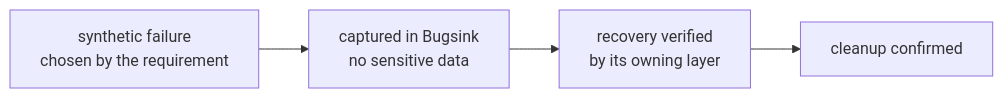
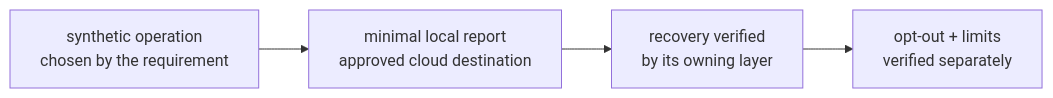
One commit to jamesdwilson/james-opinionated-llm-development-framework changed the sixth of 7 diagrams in README.md. Above: the diagram before and after it, drawn with Mermaid. The commit also changed other lines of this file and 16 other files, not shown here.

````diff
--- a/README.md
+++ b/README.md
@@ -214,6 +220,6 @@
 ```mermaid
 flowchart LR
-    F["synthetic failure<br/>chosen by the requirement"] --> C["captured in Bugsink<br/>no sensitive data"]
+    F["synthetic operation<br/>chosen by the requirement"] --> C["minimal local report<br/>approved cloud destination"]
     C --> R["recovery verified<br/>by its owning layer"]
-    R --> X["cleanup confirmed"]
+    R --> X["opt-out + limits<br/>verified separately"]
 ```
````
